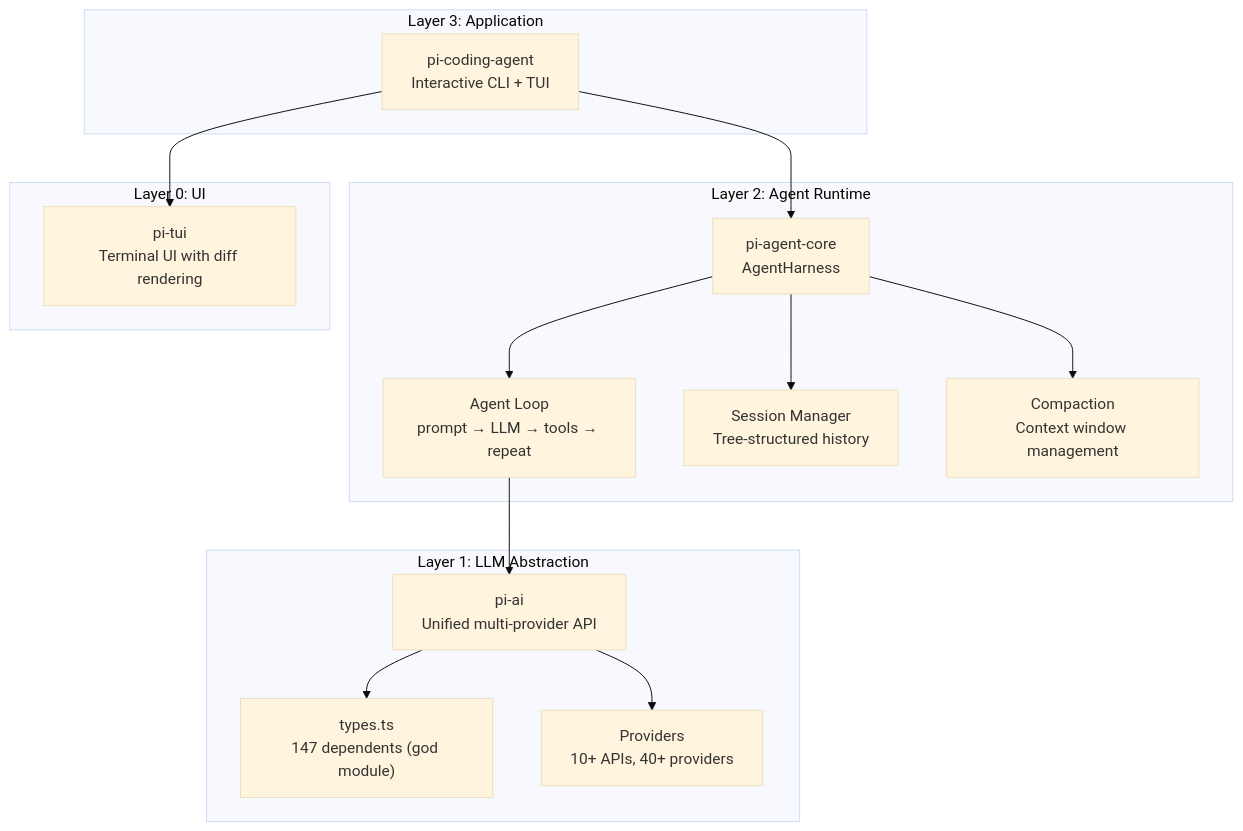
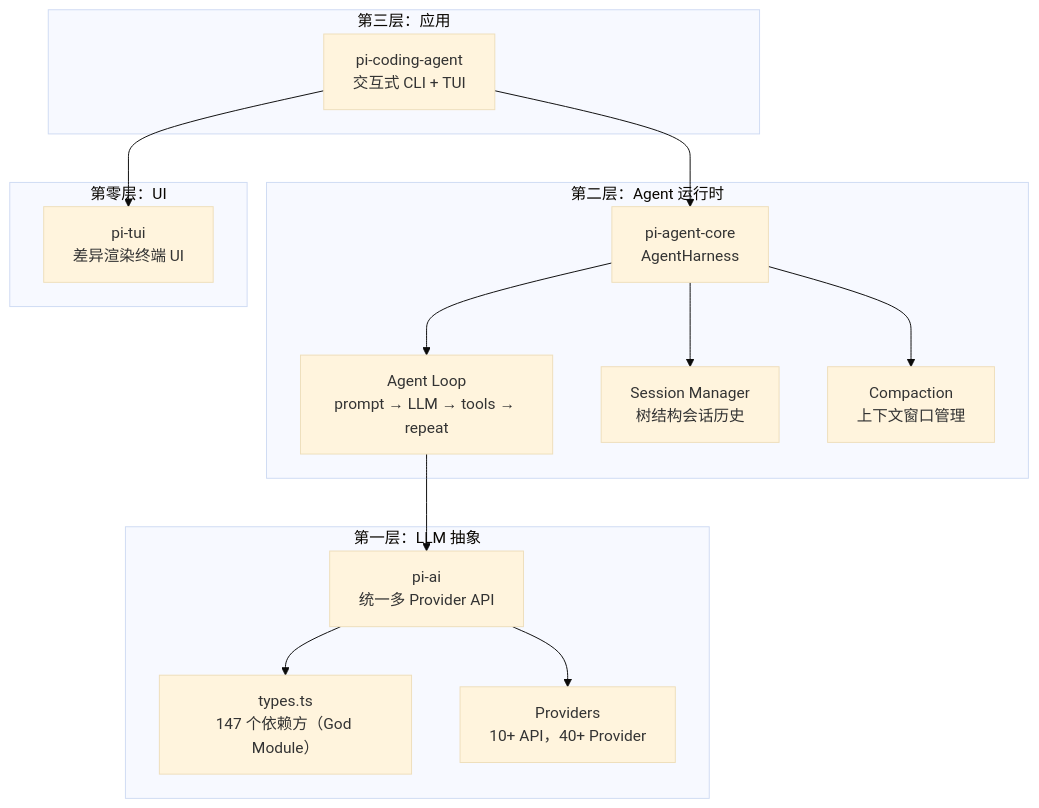
The first of 2 diagrams in research-pi-20260724/report.md (devweekly/devweekly.github.io), drawn with Mermaid (base theme) before and after one commit. The commit also changed other lines of this file and 6 other files, not shown here.

````diff
--- a/research-pi-20260724/report.md
+++ b/research-pi-20260724/report.md
@@ -24,32 +24,32 @@
 ```mermaid
 graph TD
-  subgraph "Layer 3: Application"
-    CA["pi-coding-agent<br/>Interactive CLI + TUI"]
+  subgraph "第三层：应用"
+    CA["pi-coding-agent<br/>交互式 CLI + TUI"]
   end
 
-  subgraph "Layer 2: Agent Runtime"
+  subgraph "第二层：Agent 运行时"
     AH["pi-agent-core<br/>AgentHarness"]
     AL["Agent Loop<br/>prompt → LLM → tools → repeat"]
-    SM["Session Manager<br/>Tree-structured history"]
-    CP["Compaction<br/>Context window management"]
+    SM["Session Manager<br/>树结构会话历史"]
+    CP["Compaction<br/>上下文窗口管理"]
   end
 
-  subgraph "Layer 1: LLM Abstraction"
-    AI["pi-ai<br/>Unified multi-provider API"]
-    TY["types.ts<br/>147 dependents (god module)"]
-    PR["Providers<br/>10+ APIs, 40+ providers"]
+  subgraph "第一层：LLM 抽象"
+    AI["pi-ai<br/>统一多 Provider API"]
+    TY["types.ts<br/>147 个依赖方（God Module）"]
+    PR["Providers<br/>10+ API，40+ Provider"]
   end
 
-  subgraph "Layer 0: UI"
-    TUI["pi-tui<br/>Terminal UI with diff rendering"]
+  subgraph "第零层：UI"
+    TUI["pi-tui<br/>差异渲染终端 UI"]
   end
 
   CA --> AH
   CA --> TUI
   AH --> AL
   AH --> SM
   AH --> CP
   AL --> AI
   AI --> TY
   AI --> PR
 ```
````
